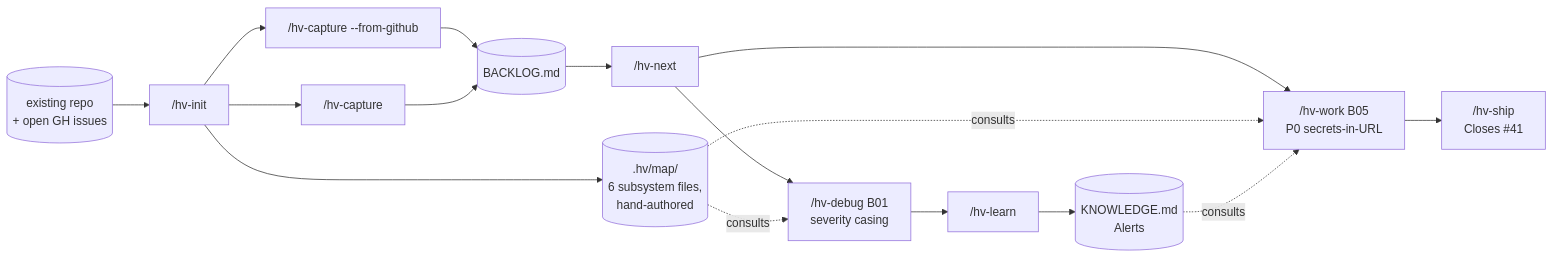
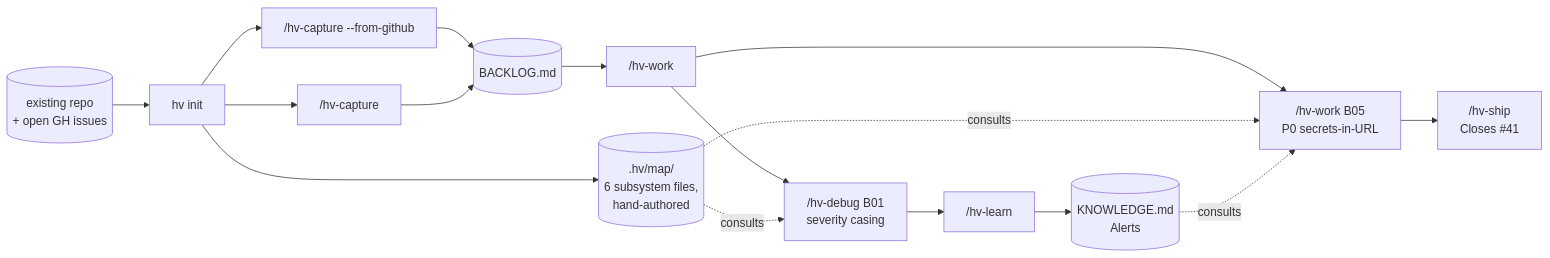
One commit to l4ci/hv-skills changed the diagram in docs/walkthroughs/brownfield-existing-project.md. Above: the diagram before and after it, drawn with Mermaid. The commit also changed other lines of this file and 42 other files, not shown here.

````diff
--- a/docs/walkthroughs/brownfield-existing-project.md
+++ b/docs/walkthroughs/brownfield-existing-project.md
@@ -9,18 +9,18 @@
 ```mermaid
 flowchart LR
-  REPO[(existing repo<br/>+ open GH issues)] --> INIT["/hv-init"]
+  REPO[(existing repo<br/>+ open GH issues)] --> INIT["hv init"]
   INIT --> SUBS[(.hv/map/<br/>6 subsystem files,<br/>hand-authored)]
   INIT --> ISSUES["/hv-capture --from-github"]
   INIT --> CAP["/hv-capture"]
   ISSUES --> BACKLOG[(BACKLOG.md)]
   CAP --> BACKLOG
-  BACKLOG --> NEXT["/hv-next"]
+  BACKLOG --> NEXT["/hv-work"]
   NEXT --> WORK["/hv-work B05<br/>P0 secrets-in-URL"]
   NEXT --> DEBUGCYCLE["/hv-debug B01<br/>severity casing"]
   WORK --> SHIP["/hv-ship<br/>Closes #41"]
   DEBUGCYCLE --> LEARN["/hv-learn"]
   LEARN --> KNOW[(KNOWLEDGE.md<br/>Alerts)]
   SUBS -.consults.-> WORK
   SUBS -.consults.-> DEBUGCYCLE
   KNOW -.consults.-> WORK
 ```
````
